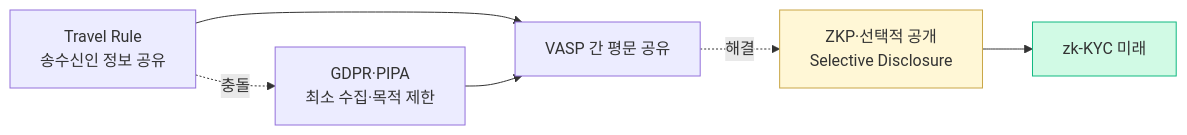
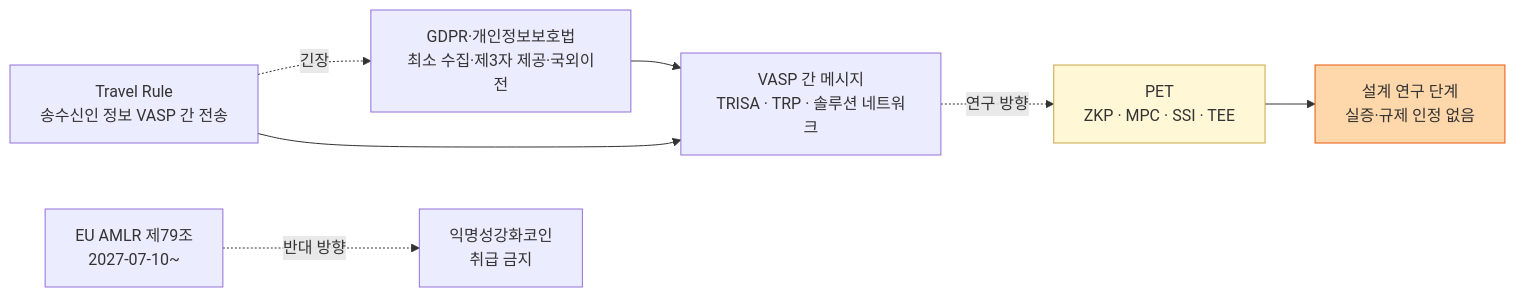
Before and after one commit to lala-david/aml-notes: the second of 2 diagrams in curriculum/day_58.md, drawn with Mermaid. The commit also changed other lines of this file and 233 other files, not shown here.

````diff
--- a/curriculum/day_58.md
+++ b/curriculum/day_58.md
@@ -65,10 +74,11 @@
 ```mermaid
 flowchart LR
-    T["Travel Rule<br/>송수신인 정보 공유"] -.충돌.-> G["GDPR·PIPA<br/>최소 수집·목적 제한"]
-    T --> V["VASP 간 평문 공유"]
+    T["Travel Rule<br/>송수신인 정보 VASP 간 전송"] -.긴장.-> G["GDPR·개인정보보호법<br/>최소 수집·제3자 제공·국외이전"]
+    T --> V["VASP 간 메시지<br/>TRISA · TRP · 솔루션 네트워크"]
     G --> V
-    V -.해결.-> Z["ZKP·선택적 공개<br/>Selective Disclosure"]
-    Z --> F["zk-KYC 미래"]
+    V -.연구 방향.-> Z["PET<br/>ZKP · MPC · SSI · TEE"]
+    Z --> F["설계 연구 단계<br/>실증·규제 인정 없음"]
+    A["EU AMLR 제79조<br/>2027-07-10~"] -.반대 방향.-> X["익명성강화코인<br/>취급 금지"]
     style Z fill:#fff7d6,stroke:#c9a646
-    style F fill:#d1fae5,stroke:#10b981
+    style F fill:#fed7aa,stroke:#ea580c
 ```
````
